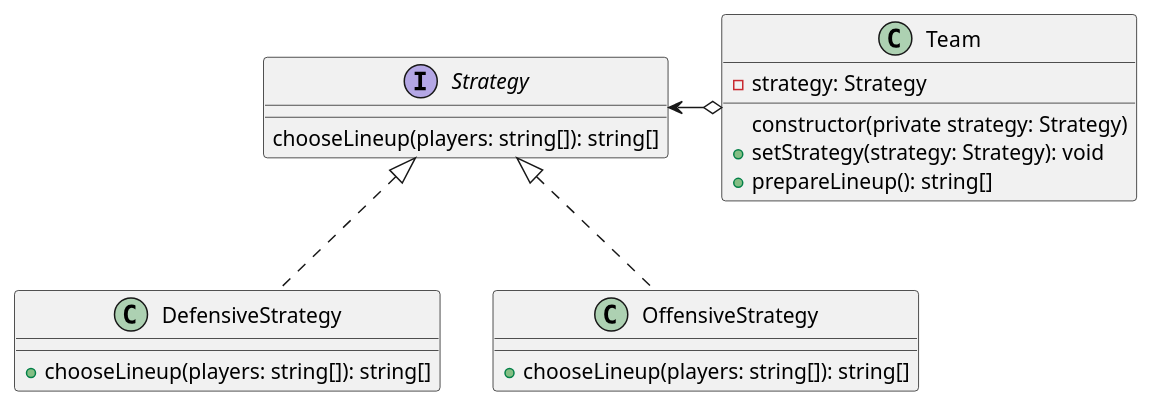
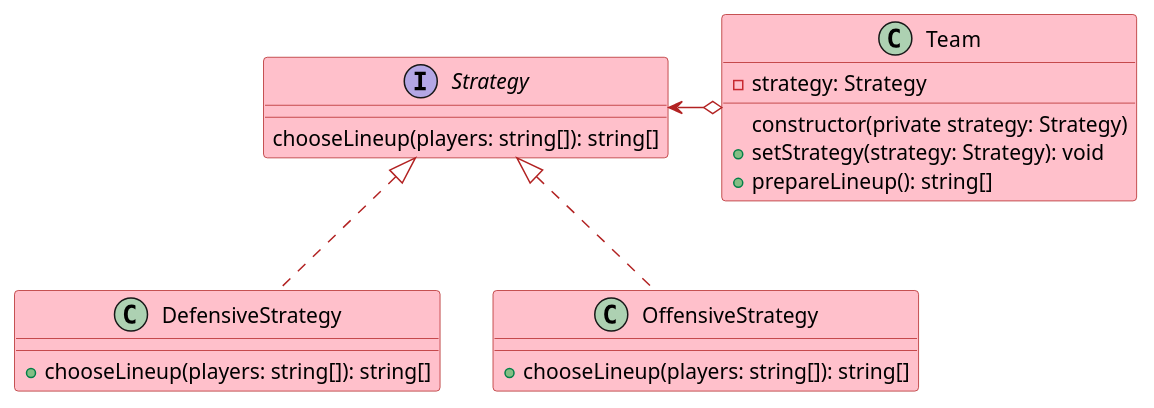
The diagram in src/app/behavioral/strategy/strategy.puml (plkpiotr/design-patterns), drawn with PlantUML before and after one commit. The commit also changed 10 other files, not shown here.

```diff
--- a/src/app/behavioral/strategy/strategy.puml
+++ b/src/app/behavioral/strategy/strategy.puml
@@ -1,27 +1,33 @@
 @startuml
+
+skinparam class {
+  backgroundColor pink
+  arrowColor firebrick
+  borderColor firebrick
+}
 
 interface Strategy {
   chooseLineup(players: string[]): string[]
 }
 
 class Team {
   - strategy: Strategy
   constructor(private strategy: Strategy)
   + setStrategy(strategy: Strategy): void
   + prepareLineup(): string[]
 }
 
 class DefensiveStrategy {
   + chooseLineup(players: string[]): string[]
 }
 
 class OffensiveStrategy {
   + chooseLineup(players: string[]): string[]
 }
 
 Strategy <-o Team
 
 Strategy <|.. DefensiveStrategy
 Strategy <|.. OffensiveStrategy
 
 @enduml
```
